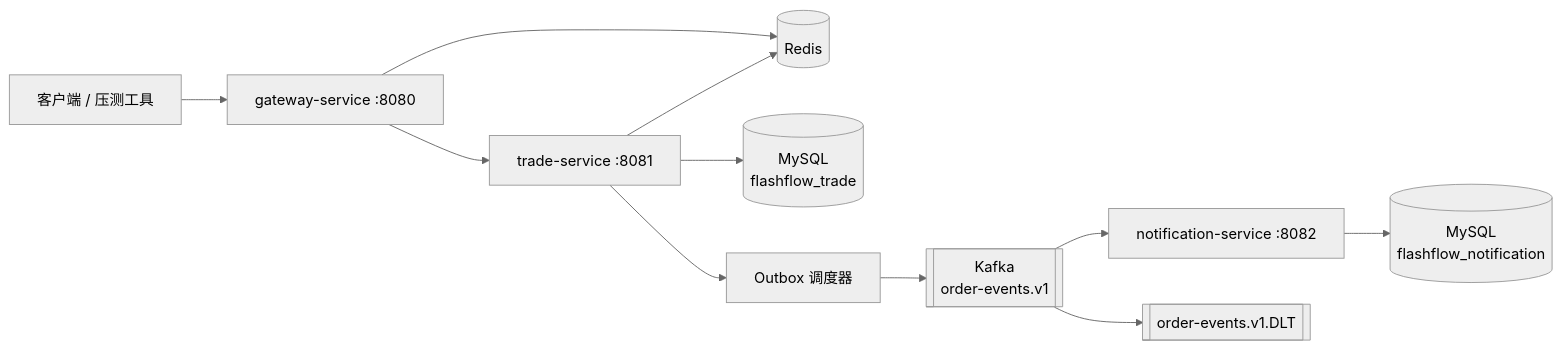
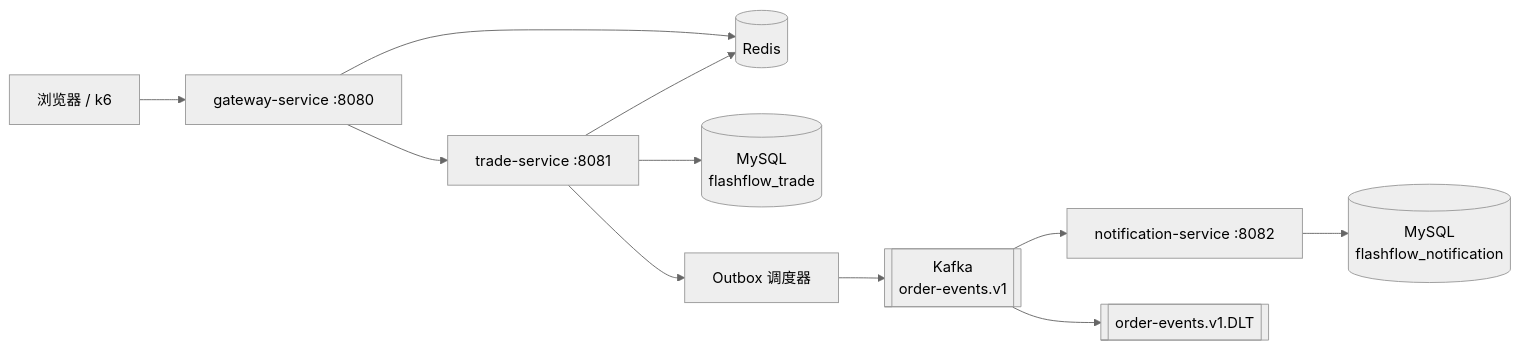
One commit to HHqm/FlashFlow changed the first of 2 diagrams in README.md. Above: the diagram before and after it, drawn with Mermaid (neutral theme). The commit also changed other lines of this file and 7 other files, not shown here.

````diff
--- a/README.md
+++ b/README.md
@@ -30,13 +44,13 @@
 ```mermaid
 flowchart LR
-    Client["客户端 / 压测工具"] --> Gateway["gateway-service :8080"]
+    Client["浏览器 / k6"] --> Gateway["gateway-service :8080"]
     Gateway --> Redis[("Redis")]
     Gateway --> Trade["trade-service :8081"]
     Trade --> MySQLTrade[("MySQL<br/>flashflow_trade")]
     Trade --> Redis
     Trade --> Outbox["Outbox 调度器"]
     Outbox --> Kafka[["Kafka<br/>order-events.v1"]]
     Kafka --> Notify["notification-service :8082"]
     Notify --> Inbox[("MySQL<br/>flashflow_notification")]
     Kafka --> DLT[["order-events.v1.DLT"]]
 ```
````
